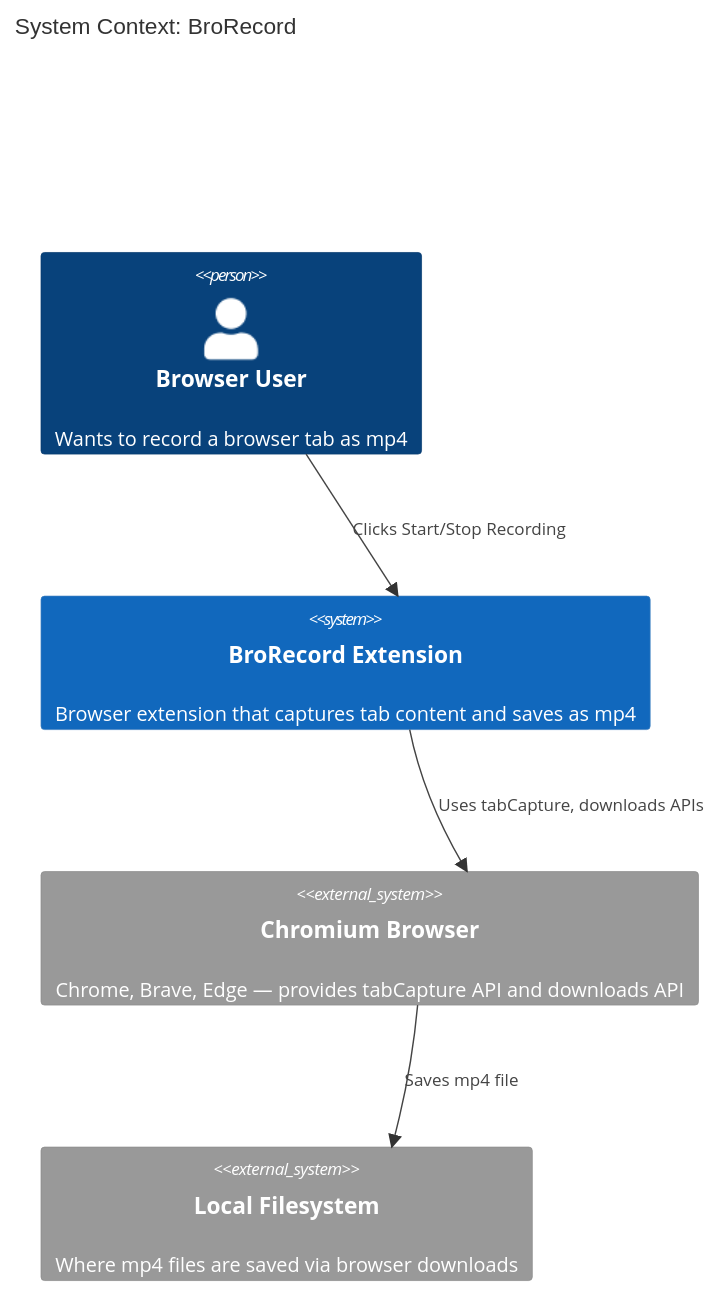
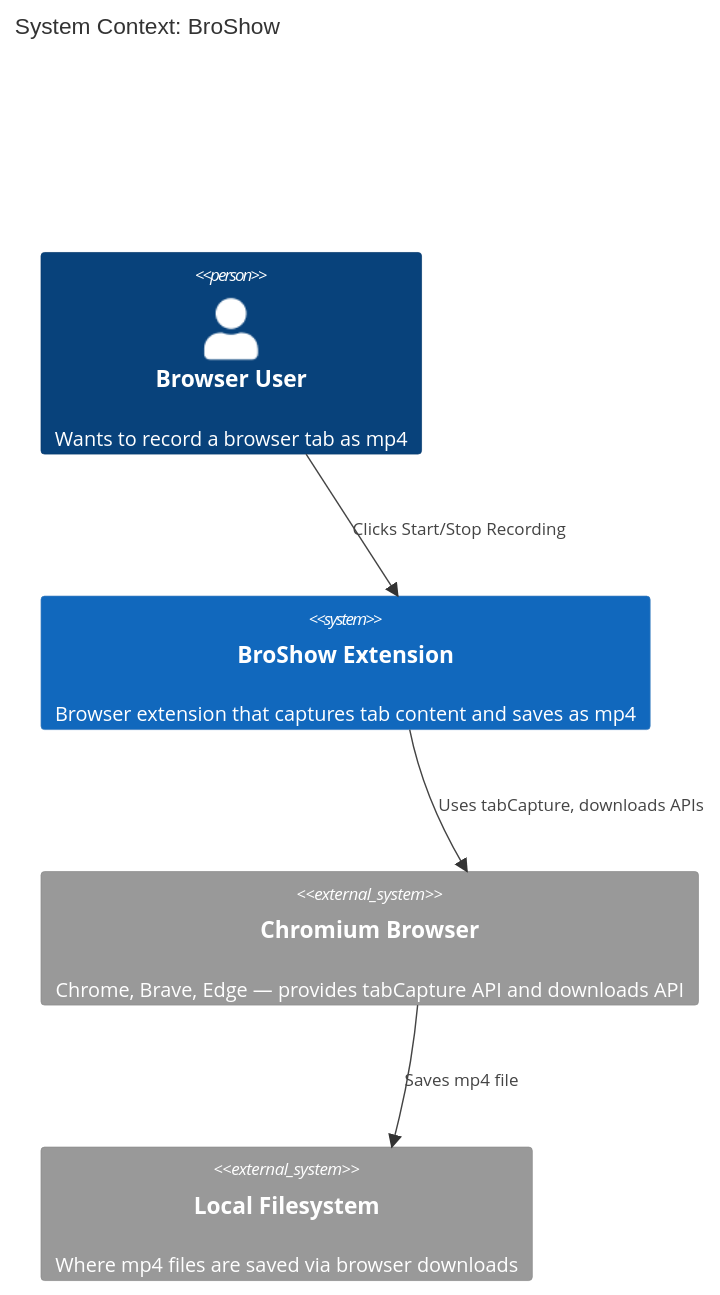
Before and after one commit to jeffabailey/broshow: the first of 2 diagrams in docs/feature/browser-tab-recorder/design/architecture-design.md, drawn with Mermaid. The commit also changed other lines of this file and 233 other files, not shown here.

````diff
--- a/docs/feature/browser-tab-recorder/design/architecture-design.md
+++ b/docs/feature/browser-tab-recorder/design/architecture-design.md
@@ -27,15 +27,15 @@
 ```mermaid
 C4Context
-    title System Context: BroRecord
+    title System Context: BroShow
 
     Person(user, "Browser User", "Wants to record a browser tab as mp4")
 
-    System(brorecord, "BroRecord Extension", "Browser extension that captures tab content and saves as mp4")
+    System(broshow, "BroShow Extension", "Browser extension that captures tab content and saves as mp4")
 
     System_Ext(browser, "Chromium Browser", "Chrome, Brave, Edge — provides tabCapture API and downloads API")
     System_Ext(filesystem, "Local Filesystem", "Where mp4 files are saved via browser downloads")
 
-    Rel(user, brorecord, "Clicks Start/Stop Recording")
-    Rel(brorecord, browser, "Uses tabCapture, downloads APIs")
+    Rel(user, broshow, "Clicks Start/Stop Recording")
+    Rel(broshow, browser, "Uses tabCapture, downloads APIs")
     Rel(browser, filesystem, "Saves mp4 file")
 ```
````
